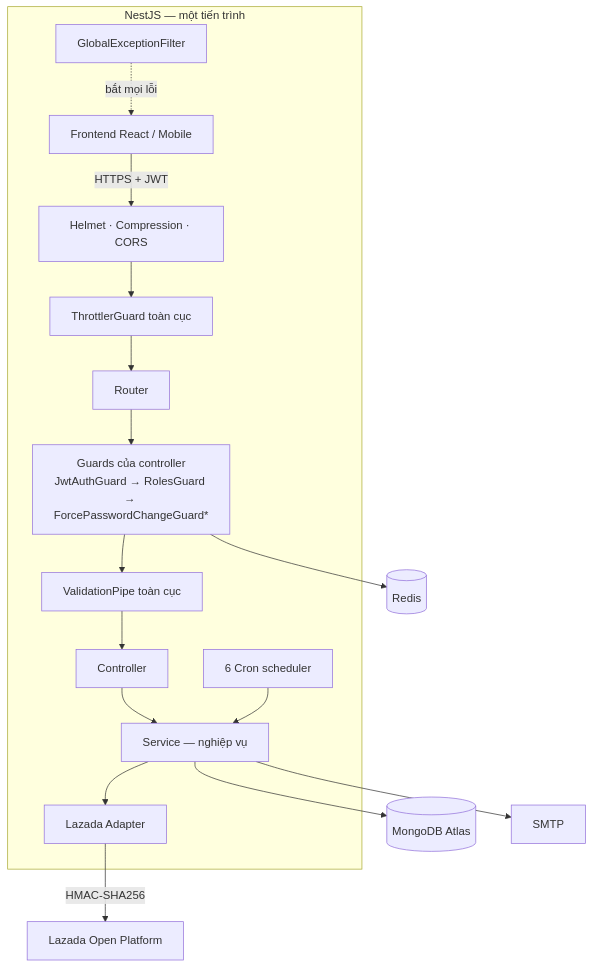
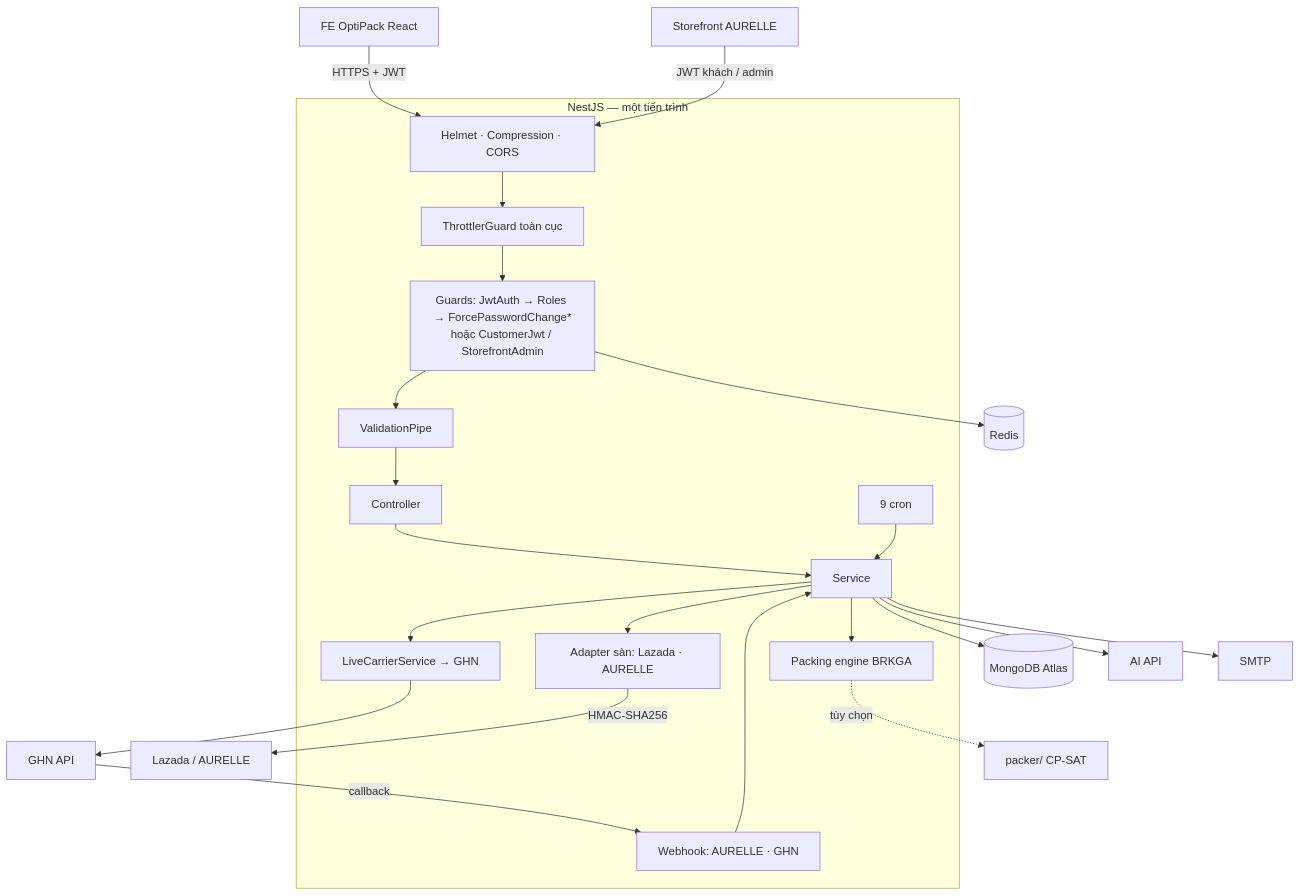
The first of 2 diagrams in GUIDE_DOC/BE_SPEC/01_CONG_NGHE_VA_KIEN_TRUC.md (ThuaanNguyeen111/OptiPackAI), drawn with Mermaid before and after one commit. The commit also changed other lines of this file and 14 other files, not shown here.

Commit message:
docs(AOFP-81): regenerate be spec, erd and fe update checklist from current code

````diff
--- a/GUIDE_DOC/BE_SPEC/01_CONG_NGHE_VA_KIEN_TRUC.md
+++ b/GUIDE_DOC/BE_SPEC/01_CONG_NGHE_VA_KIEN_TRUC.md
@@ -72,19 +79,23 @@
 ```mermaid
 flowchart TB
-    FE[Frontend React / Mobile] -->|HTTPS + JWT| MW
+    FE[FE OptiPack React] -->|HTTPS + JWT| MW
+    SF[Storefront AURELLE] -->|JWT khách / admin| MW
     subgraph App["NestJS — một tiến trình"]
       MW[Helmet · Compression · CORS] --> TG[ThrottlerGuard toàn cục]
-      TG --> RT[Router]
-      RT --> G[Guards của controller<br/>JwtAuthGuard → RolesGuard → ForcePasswordChangeGuard*]
-      G --> VP[ValidationPipe toàn cục]
-      VP --> C[Controller]
-      C --> S[Service — nghiệp vụ]
-      S --> A[Lazada Adapter]
-      CR[6 Cron scheduler] --> S
-      EF[GlobalExceptionFilter] -.bắt mọi lỗi.-> FE
+      TG --> G[Guards: JwtAuth → Roles → ForcePasswordChange*<br/>hoặc CustomerJwt / StorefrontAdmin]
+      G --> VP[ValidationPipe]
+      VP --> C[Controller] --> S[Service]
+      S --> AD[Adapter sàn: Lazada · AURELLE]
+      S --> LC[LiveCarrierService → GHN]
+      S --> PK[Packing engine BRKGA]
+      CR[9 cron] --> S
+      WH[Webhook: AURELLE · GHN] --> S
     end
     S --> DB[(MongoDB Atlas)]
     G --> RD[(Redis)]
-    A -->|HMAC-SHA256| LZ[Lazada Open Platform]
-    S --> SMTP[SMTP]
+    AD -->|HMAC-SHA256| LZ[Lazada / AURELLE]
+    LC --> GHN[GHN API]
+    GHN -->|callback| WH
+    PK -.tùy chọn.-> PY[packer/ CP-SAT]
+    S --> AI[AI API] & SMTP[SMTP]
 ```
````
